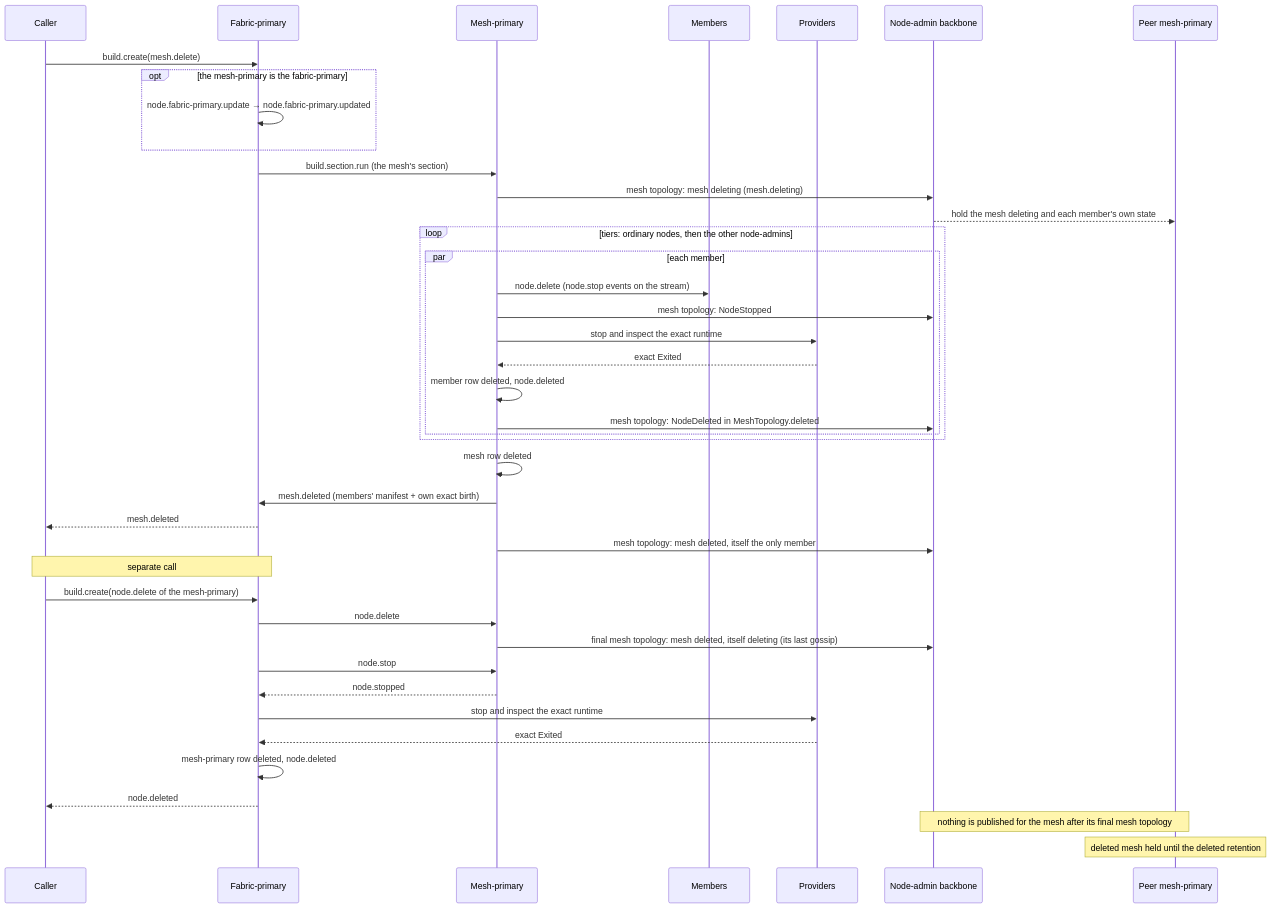
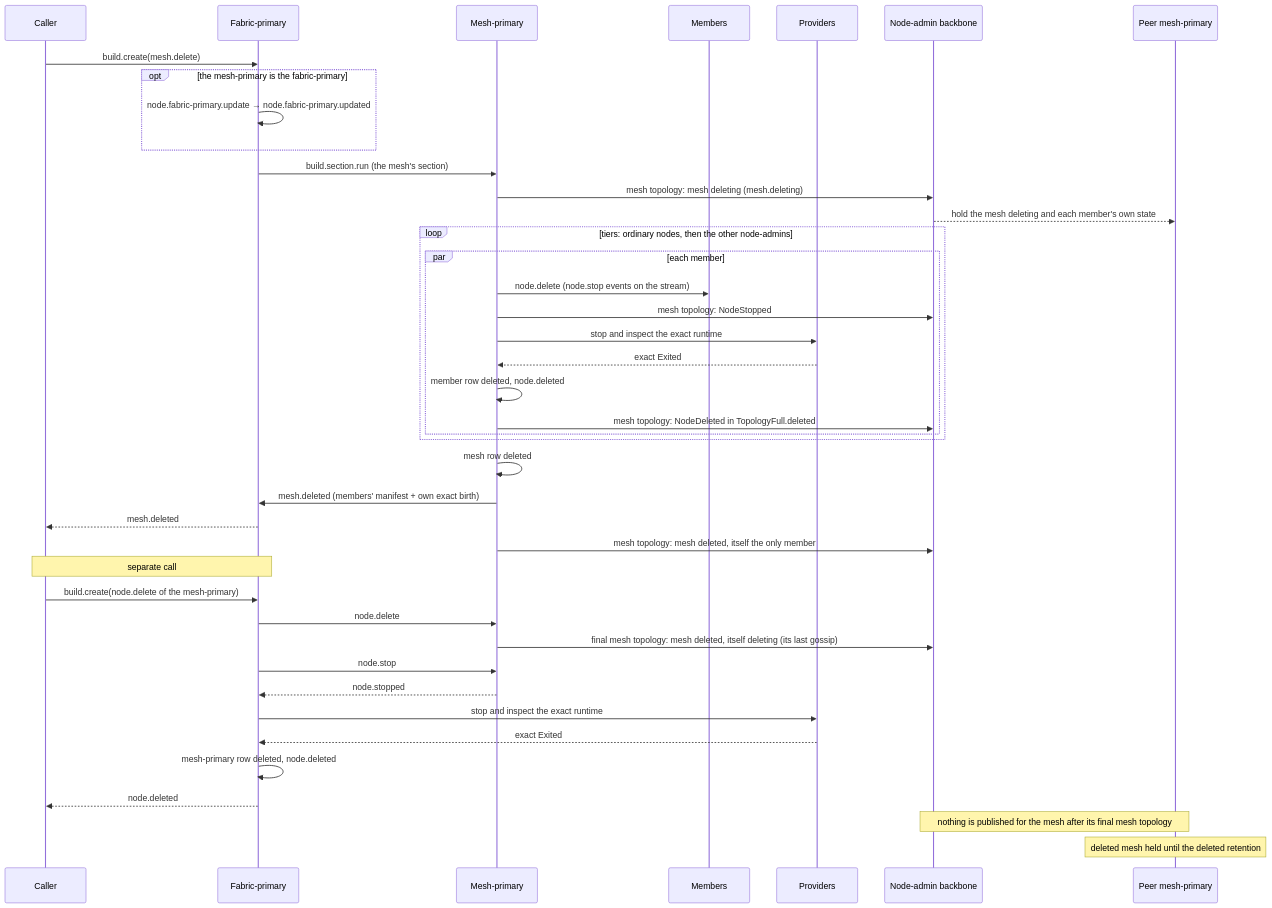
Before and after one commit to drlukeangel/rust-distributed-mesh: the diagram in docs/architecture/lifecycles/mesh-delete.md, drawn with Mermaid. The commit also changed other lines of this file and 67 other files, not shown here.

First line of the commit message:
refactor(rdm-gossip, Q375, D3, D6): the full and delta frames are TopologyFull and TopologyDelta; "status frame" for what gossip.md called a lifecycle event (gossip-by-kind.md §8, step 6's renames)

````diff
--- a/docs/architecture/lifecycles/mesh-delete.md
+++ b/docs/architecture/lifecycles/mesh-delete.md
@@ -193,43 +193,43 @@
 ```mermaid
 sequenceDiagram
     participant C as Caller
     participant F as Fabric-primary
     participant M as Mesh-primary
     participant N as Members
     participant P as Providers
     participant B as Node-admin backbone
     participant R as Peer mesh-primary
     C->>F: build.create(mesh.delete)
     opt the mesh-primary is the fabric-primary
         F->>F: node.fabric-primary.update → node.fabric-primary.updated
     end
     F->>M: build.section.run (the mesh's section)
     M->>B: mesh topology: mesh deleting (mesh.deleting)
     B-->>R: hold the mesh deleting and each member's own state
     loop tiers: ordinary nodes, then the other node-admins
         par each member
             M->>N: node.delete (node.stop events on the stream)
             M->>B: mesh topology: NodeStopped
             M->>P: stop and inspect the exact runtime
             P-->>M: exact Exited
             M->>M: member row deleted, node.deleted
-            M->>B: mesh topology: NodeDeleted in MeshTopology.deleted
+            M->>B: mesh topology: NodeDeleted in TopologyFull.deleted
         end
     end
     M->>M: mesh row deleted
     M->>F: mesh.deleted (members' manifest + own exact birth)
     F-->>C: mesh.deleted
     M->>B: mesh topology: mesh deleted, itself the only member
     Note over C,F: separate call
     C->>F: build.create(node.delete of the mesh-primary)
     F->>M: node.delete
     M->>B: final mesh topology: mesh deleted, itself deleting (its last gossip)
     F->>M: node.stop
     M-->>F: node.stopped
     F->>P: stop and inspect the exact runtime
     P-->>F: exact Exited
     F->>F: mesh-primary row deleted, node.deleted
     F-->>C: node.deleted
     Note over B,R: nothing is published for the mesh after its final mesh topology
     Note over R: deleted mesh held until the deleted retention
 ```
````
